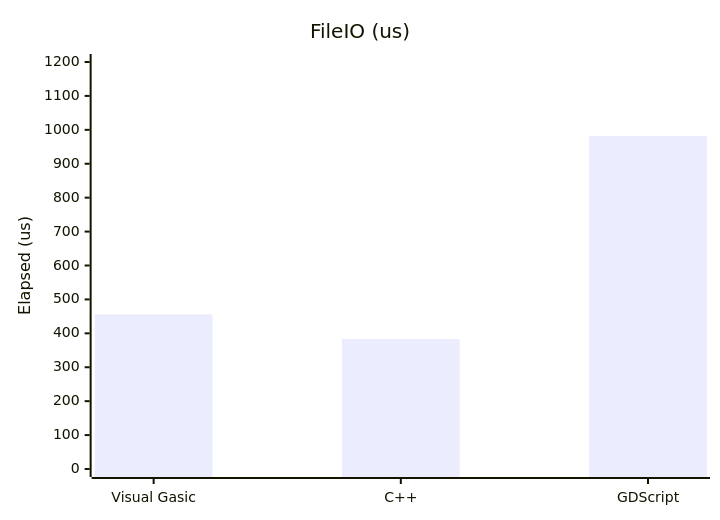
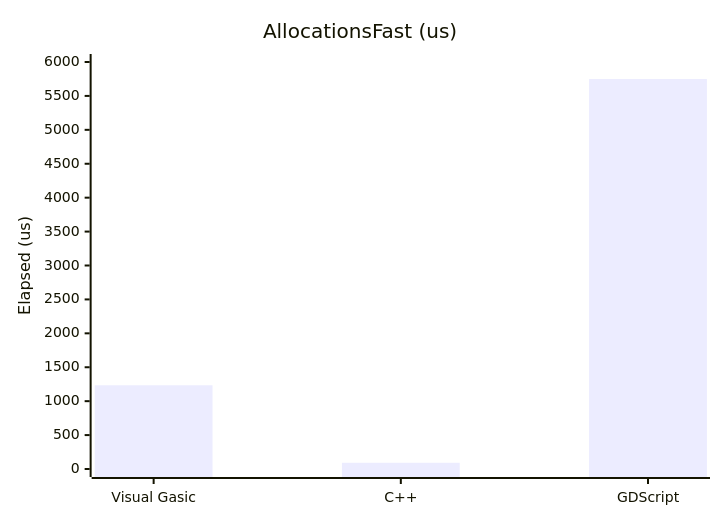
The tenth of 11 diagrams in docs/manual/performance.md (xgreenrx-star/VisualGasic), drawn with Mermaid before and after one commit. The commit also changed other lines of this file and 50 other files, not shown here.

````diff
--- a/docs/manual/performance.md
+++ b/docs/manual/performance.md
@@ -163,7 +213,7 @@
 ```mermaid
 xychart-beta
-    title "FileIO (us)"
+    title "AllocationsFast (us)"
     x-axis ["Visual Gasic","C++","GDScript"]
-    y-axis "Elapsed (us)" 0 --> 1200
-    bar [456,383,982]
+    y-axis "Elapsed (us)" 0 --> 6000
+    bar [1234,92,5749]
 ```
````
